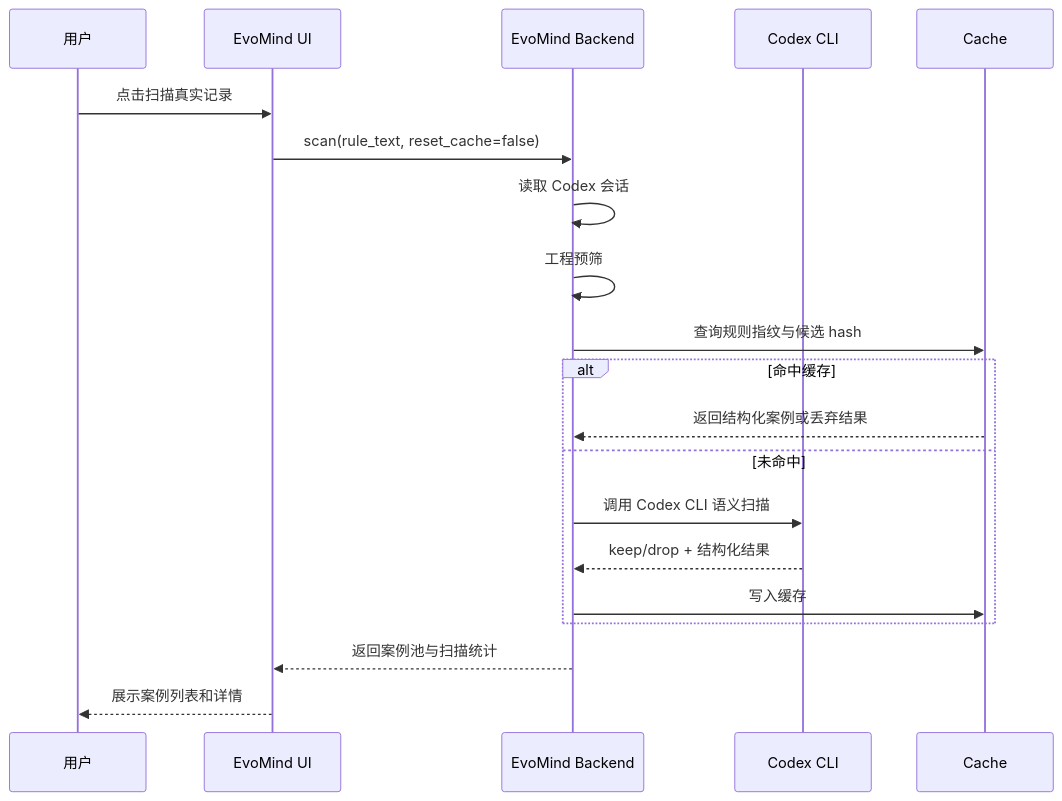
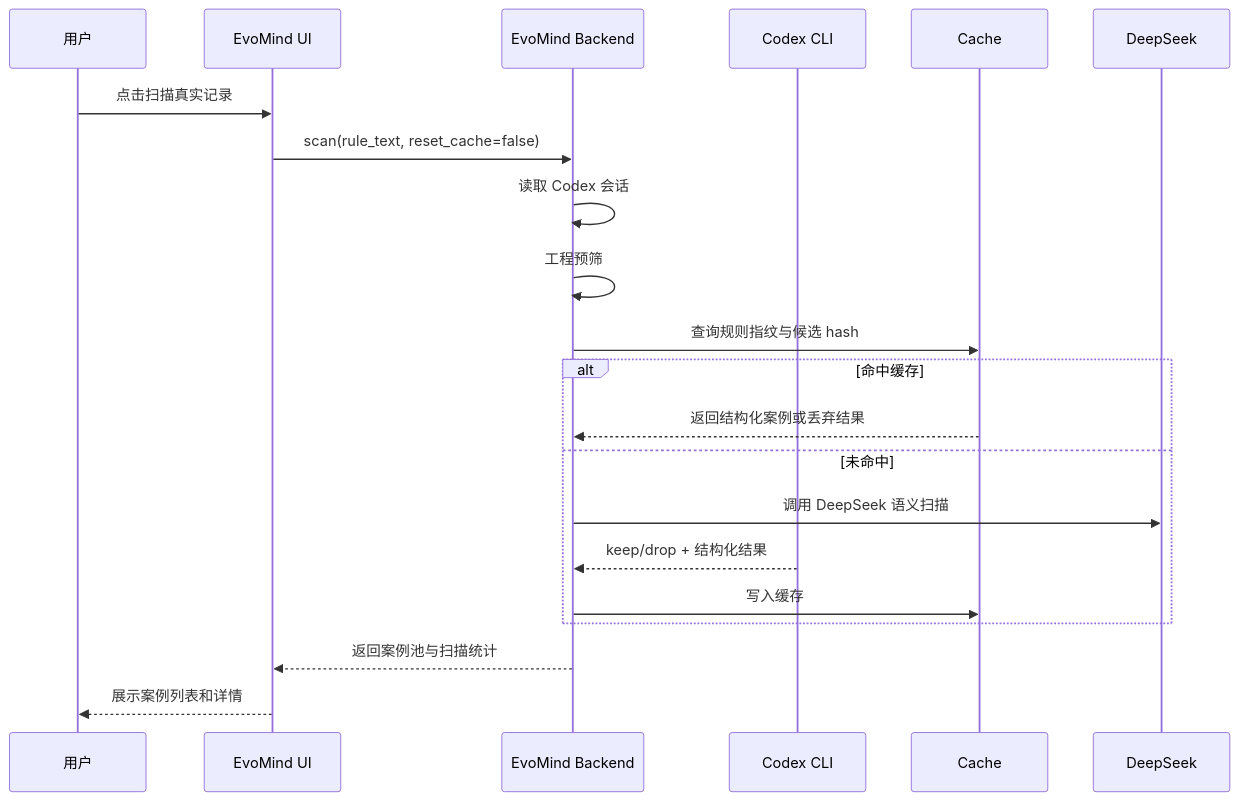
One commit to code4101/codeyun changed the second of 3 diagrams in docs/EvoMind自发觉自迭代机制设计.md. Above: the diagram before and after it, drawn with Mermaid. The commit also changed other lines of this file and 64 other files, not shown here.

````diff
--- a/docs/EvoMind自发觉自迭代机制设计.md
+++ b/docs/EvoMind自发觉自迭代机制设计.md
@@ -460,23 +460,23 @@
 ```mermaid
 sequenceDiagram
     participant U as 用户
     participant UI as EvoMind UI
     participant BE as EvoMind Backend
     participant CLI as Codex CLI
     participant C as Cache
 
     U->>UI: 点击扫描真实记录
     UI->>BE: scan(rule_text, reset_cache=false)
     BE->>BE: 读取 Codex 会话
     BE->>BE: 工程预筛
     BE->>C: 查询规则指纹与候选 hash
     alt 命中缓存
         C-->>BE: 返回结构化案例或丢弃结果
     else 未命中
-        BE->>CLI: 调用 Codex CLI 语义扫描
+        BE->>DeepSeek: 调用 DeepSeek 语义扫描
         CLI-->>BE: keep/drop + 结构化结果
         BE->>C: 写入缓存
     end
     BE-->>UI: 返回案例池与扫描统计
     UI-->>U: 展示案例列表和详情
 ```
````
